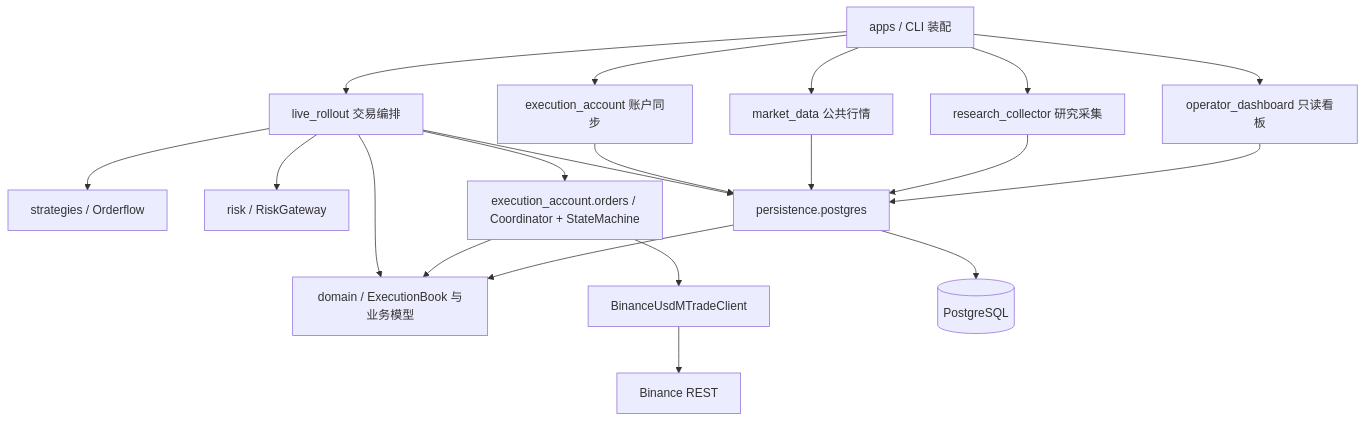
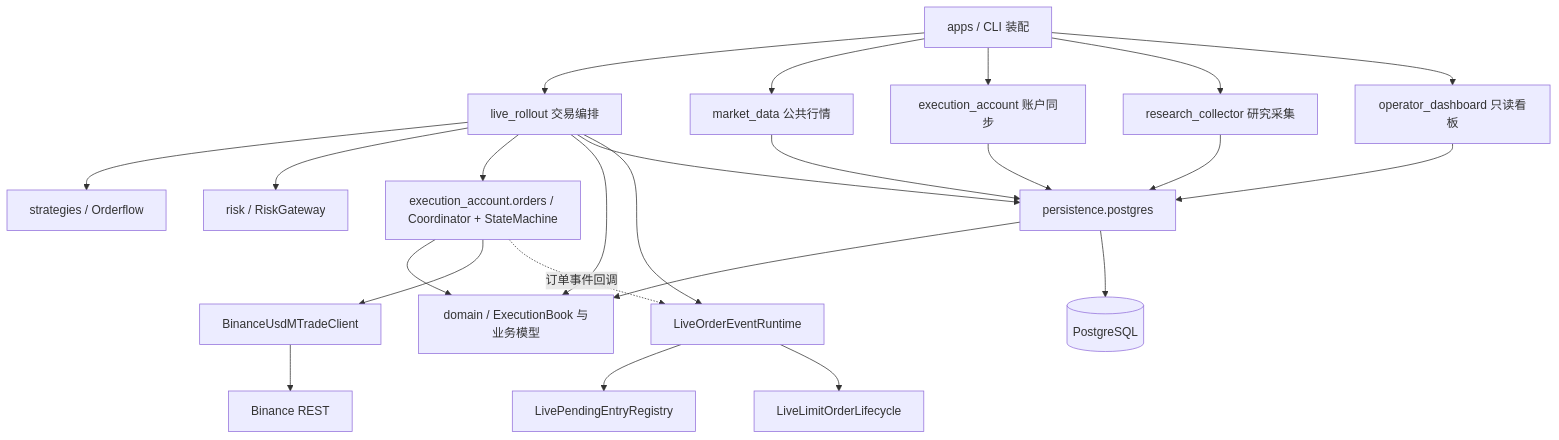
One commit to miracle-zs/crypto-momentum-lab changed the first of 2 diagrams in docs/architecture/overview.md. Above: the diagram before and after it, drawn with Mermaid. The commit also changed other lines of this file and 343 other files, not shown here.

````diff
--- a/docs/architecture/overview.md
+++ b/docs/architecture/overview.md
@@ -9,22 +9,26 @@
 ```mermaid
 graph TD
     Apps[apps / CLI 装配] --> Live[live_rollout 交易编排]
     Apps --> Market[market_data 公共行情]
     Apps --> Account[execution_account 账户同步]
     Apps --> Collector[research_collector 研究采集]
     Apps --> Dashboard[operator_dashboard 只读看板]
     Live --> Strategy[strategies / Orderflow]
     Live --> Risk[risk / RiskGateway]
     Live --> Orders[execution_account.orders / Coordinator + StateMachine]
     Live --> Domain[domain / ExecutionBook 与业务模型]
     Orders --> Domain
     Orders --> Client[BinanceUsdMTradeClient]
     Live --> Persistence[persistence.postgres]
     Account --> Persistence
     Market --> Persistence
     Collector --> Persistence
     Dashboard --> Persistence
     Persistence --> Domain
     Persistence --> PG[(PostgreSQL)]
     Client --> Binance[Binance REST]
+    Orders -. 订单事件回调 .-> Events[LiveOrderEventRuntime]
+    Live --> Events
+    Events --> Pending[LivePendingEntryRegistry]
+    Events --> Timers[LiveLimitOrderLifecycle]
 ```
````
